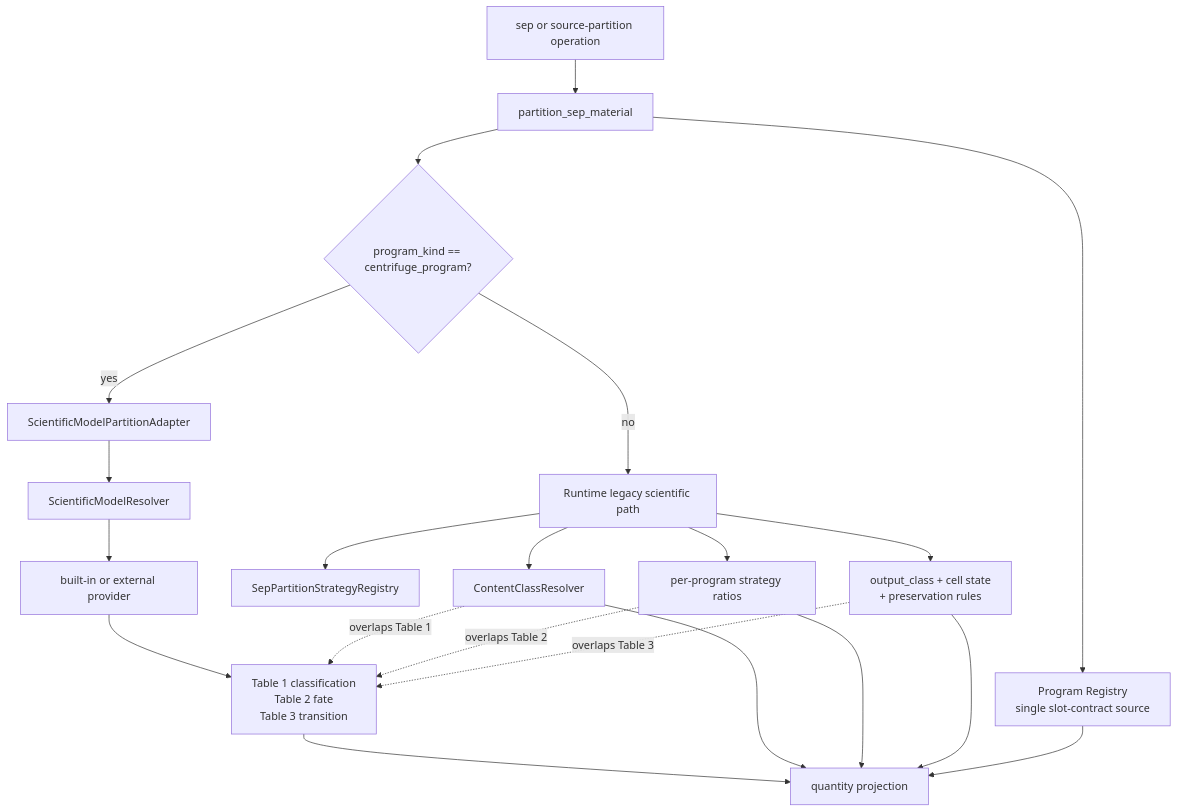
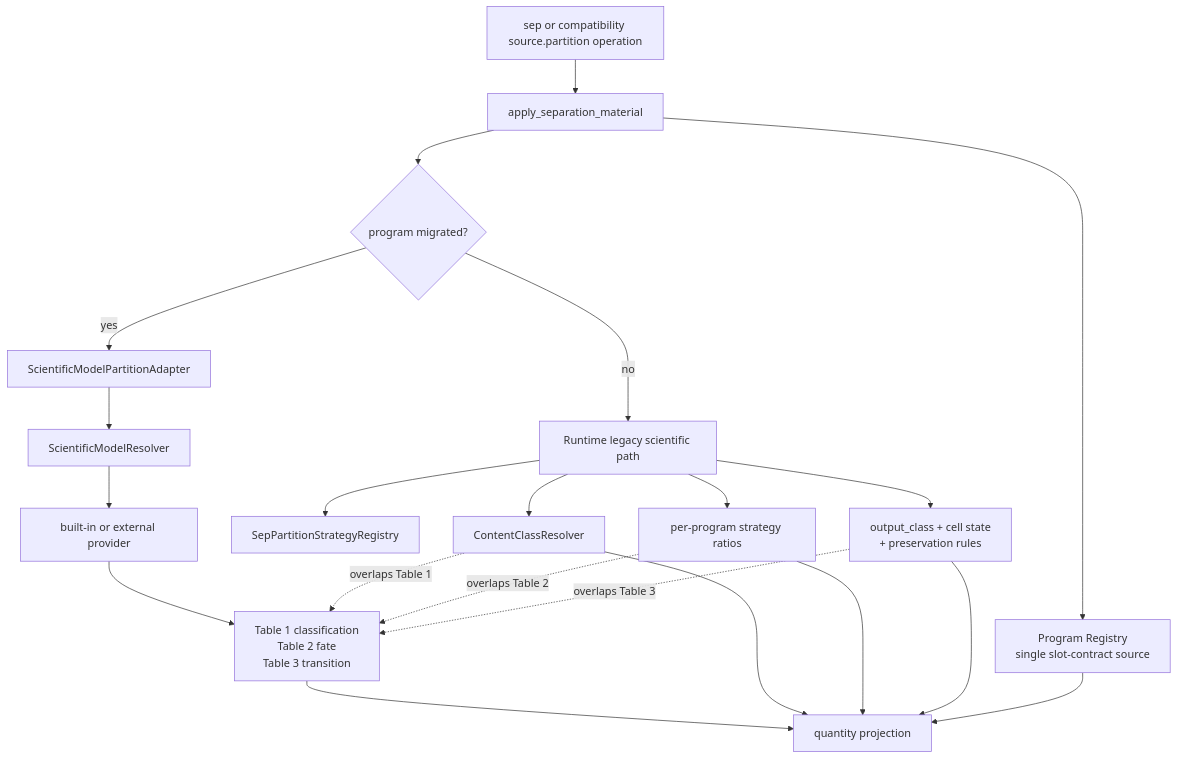
The sixth of 8 diagrams in docs/architecture/scientific_model_module_diagrams.md (culsma/culsma), drawn with Mermaid before and after one commit. The commit also changed other lines of this file and 17 other files, not shown here.

Commit message:
refactor(material): centralize separation application

````diff
--- a/docs/architecture/scientific_model_module_diagrams.md
+++ b/docs/architecture/scientific_model_module_diagrams.md
@@ -438,27 +443,27 @@
 ```mermaid
 flowchart TB
-    Step["sep or source-partition operation"] --> Partition["partition_sep_material"]
-    Partition --> ProgramRegistry["Program Registry<br/>single slot-contract source"]
-    Partition --> Gate{"program_kind == centrifuge_program?"}
+    Step["sep or compatibility source.partition operation"] --> Separation["apply_separation_material"]
+    Separation --> ProgramRegistry["Program Registry<br/>single slot-contract source"]
+    Separation --> Gate{"program migrated?"}
 
     Gate -->|yes| Adapter["ScientificModelPartitionAdapter"]
     Adapter --> Resolver["ScientificModelResolver"]
     Resolver --> Provider["built-in or external provider"]
     Provider --> Tables["Table 1 classification<br/>Table 2 fate<br/>Table 3 transition"]
 
     Gate -->|no| Legacy["Runtime legacy scientific path"]
     Legacy --> RuntimeStrategy["SepPartitionStrategyRegistry"]
     Legacy --> OldClass["ContentClassResolver"]
     Legacy --> OldFate["per-program strategy ratios"]
     Legacy --> OldState["output_class + cell state<br/>+ preservation rules"]
 
     Tables --> Projection["quantity projection"]
     OldClass --> Projection
     OldFate --> Projection
     OldState --> Projection
     ProgramRegistry --> Projection
 
     OldClass -. "overlaps Table 1" .-> Tables
     OldFate -. "overlaps Table 2" .-> Tables
     OldState -. "overlaps Table 3" .-> Tables
 ```
````
